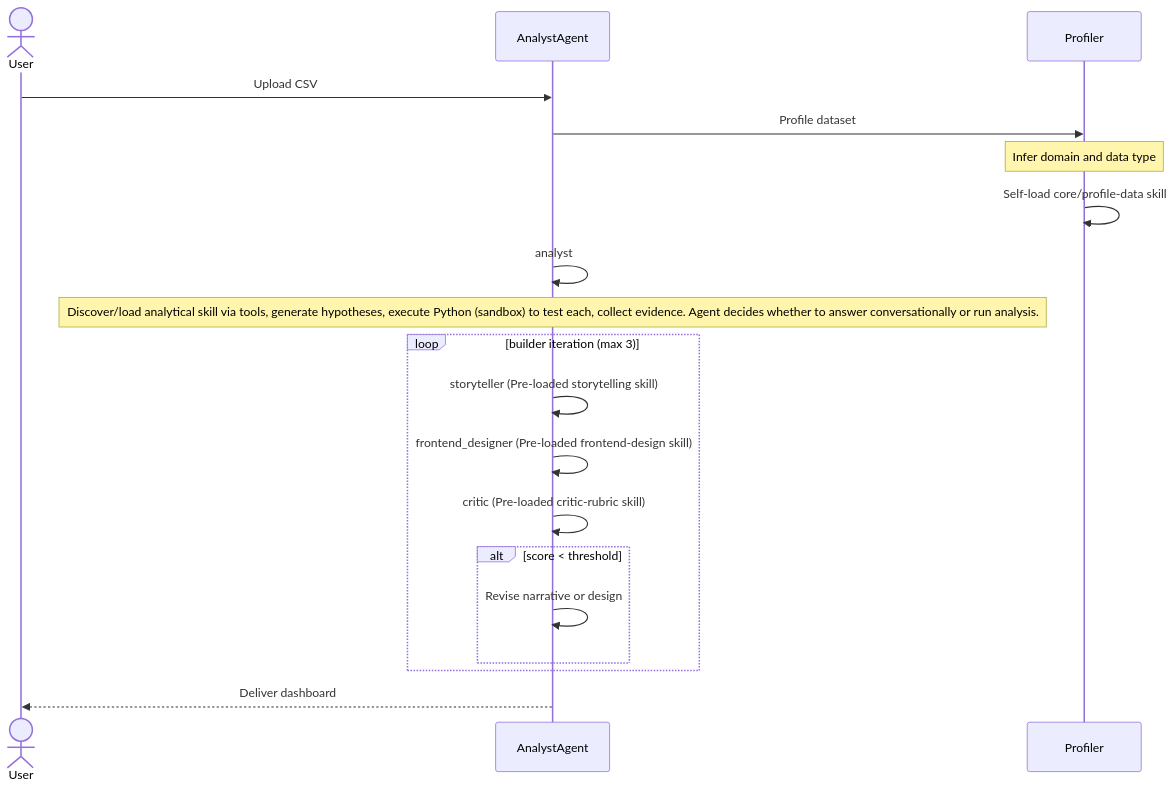
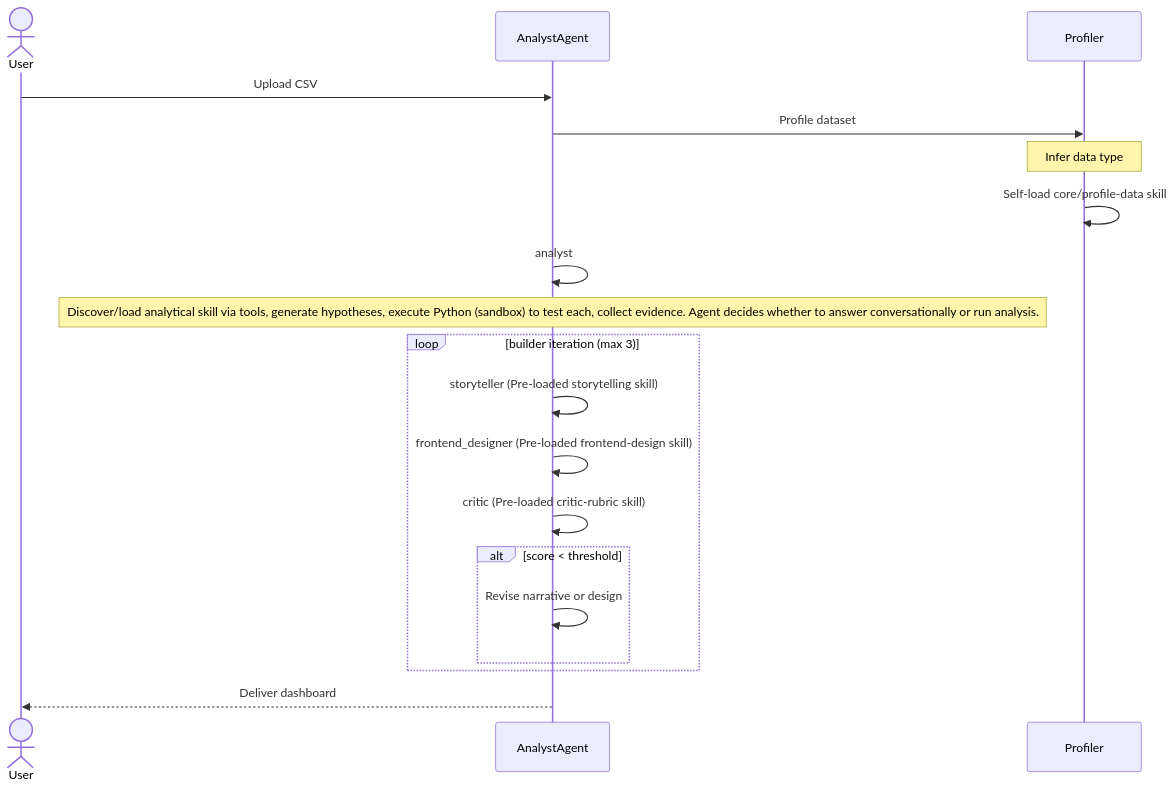
Before and after one commit to chekahchek/auto-analyst: the first of 5 diagrams in design_spec.md, drawn with Mermaid. The commit also changed other lines of this file and 10 other files, not shown here.

````diff
--- a/design_spec.md
+++ b/design_spec.md
@@ -26,25 +26,25 @@
 ```mermaid
 sequenceDiagram
     actor U as User
     participant A as AnalystAgent
     participant P as Profiler
 
     U->>A: Upload CSV
     A->>P: Profile dataset
-    Note over P: Infer domain and data type
+    Note over P: Infer data type
     P->>P: Self-load core/profile-data skill
 
     A->>A: analyst
     Note over A: Discover/load analytical skill via tools, generate hypotheses, execute Python (sandbox) to test each, collect evidence. Agent decides whether to answer conversationally or run analysis.
 
     loop builder iteration (max 3)
         A->>A: storyteller (Pre-loaded storytelling skill)
         A->>A: frontend_designer (Pre-loaded frontend-design skill)
         A->>A: critic (Pre-loaded critic-rubric skill)
         alt score < threshold
             A->>A: Revise narrative or design
         end
     end
 
     A-->>U: Deliver dashboard
 ```
````
